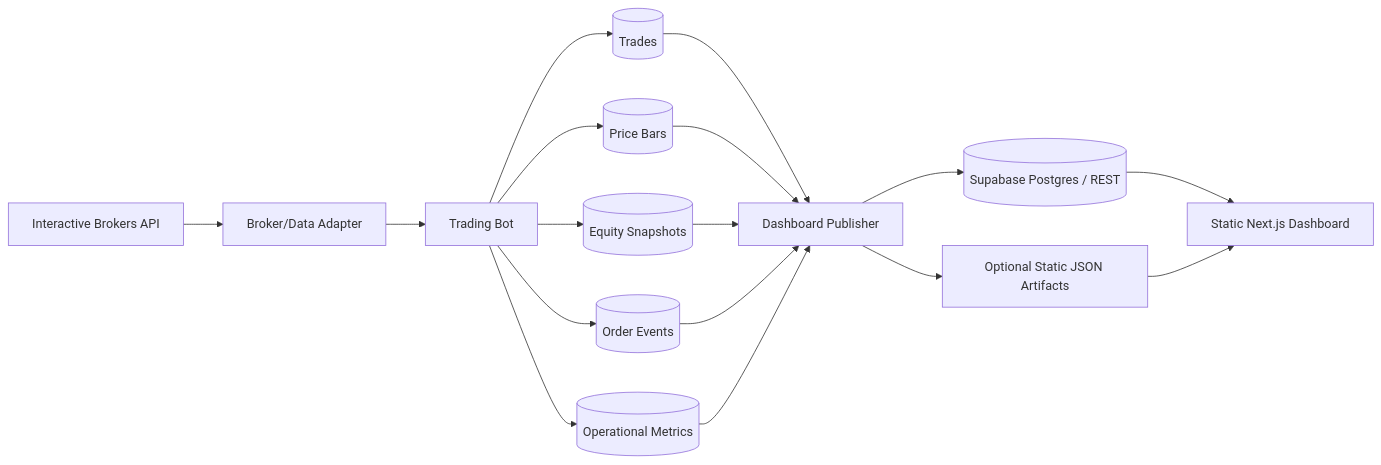
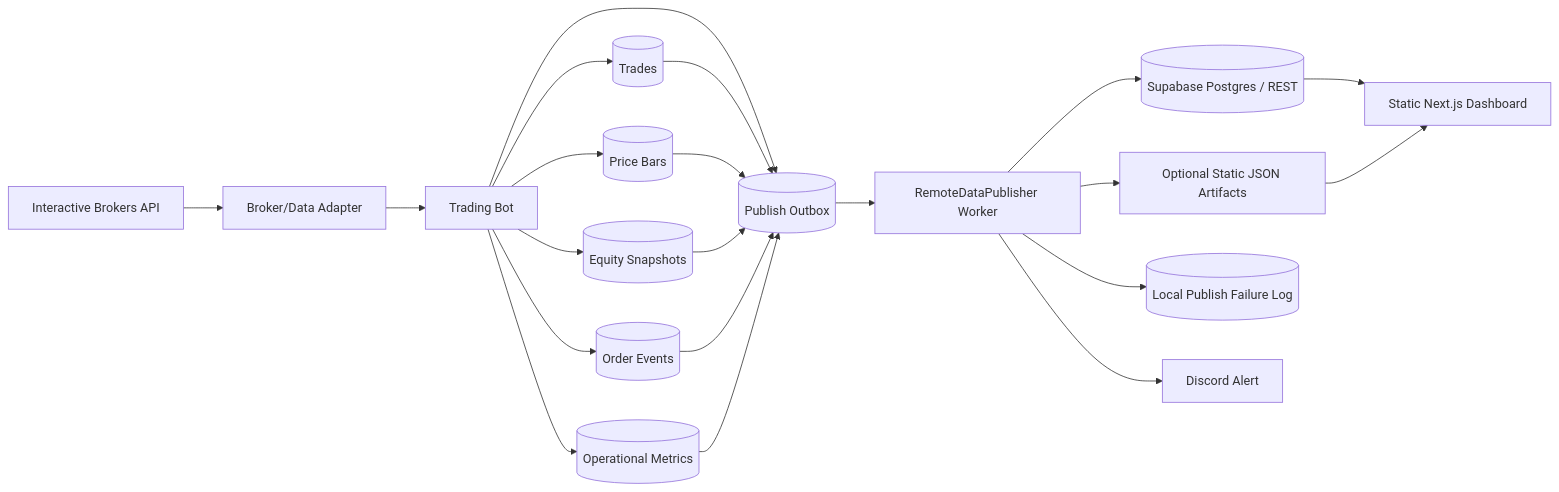
The first of 3 diagrams in docs/trading-bot-mvp/dashboards/TDS-live-dashboard.md (Wenting-Luo2993/strategy-lab), drawn with Mermaid before and after one commit. The commit also changed other lines of this file, not shown here.

Commit message:
docs(live-dashboard): tech design spec completed

````diff
--- a/docs/trading-bot-mvp/dashboards/TDS-live-dashboard.md
+++ b/docs/trading-bot-mvp/dashboards/TDS-live-dashboard.md
@@ -61,22 +61,26 @@
 ```mermaid
 flowchart LR
     IB[Interactive Brokers API] --> BrokerAdapter[Broker/Data Adapter]
     BrokerAdapter --> Bot[Trading Bot]
     Bot --> TradeStore[(Trades)]
     Bot --> PriceStore[(Price Bars)]
     Bot --> EquityStore[(Equity Snapshots)]
     Bot --> OrderStore[(Order Events)]
     Bot --> MetricStore[(Operational Metrics)]
+    Bot --> Outbox[(Publish Outbox)]
 
-    TradeStore --> Publisher[Dashboard Publisher]
-    PriceStore --> Publisher
-    EquityStore --> Publisher
-    OrderStore --> Publisher
-    MetricStore --> Publisher
+    TradeStore --> Outbox
+    PriceStore --> Outbox
+    EquityStore --> Outbox
+    OrderStore --> Outbox
+    MetricStore --> Outbox
+    Outbox --> Publisher[RemoteDataPublisher Worker]
 
     Publisher --> Supabase[(Supabase Postgres / REST)]
     Publisher --> StaticArtifacts[Optional Static JSON Artifacts]
+    Publisher --> FailureLog[(Local Publish Failure Log)]
+    Publisher --> Discord[Discord Alert]
 
     Supabase --> Dashboard[Static Next.js Dashboard]
     StaticArtifacts --> Dashboard
 ```
````
